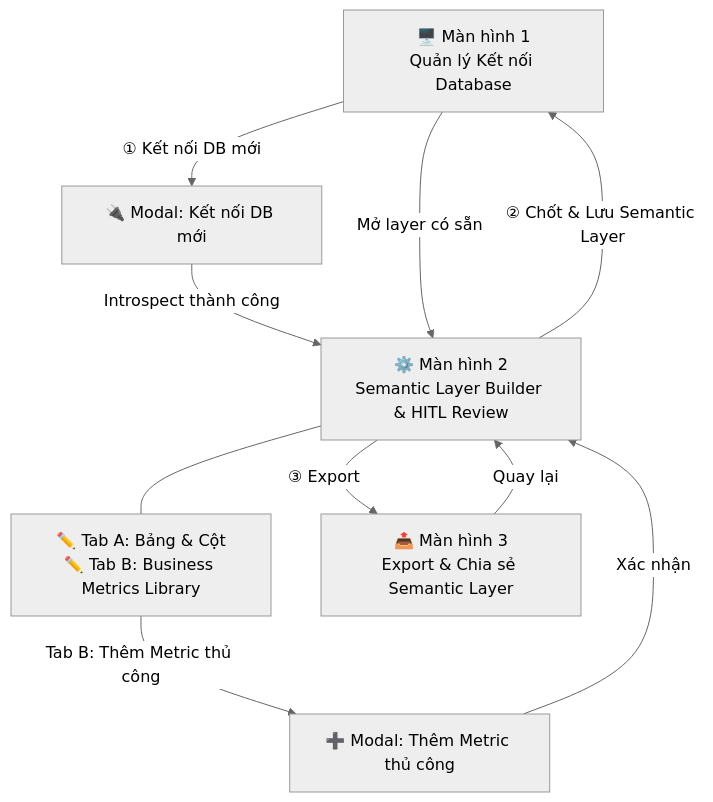
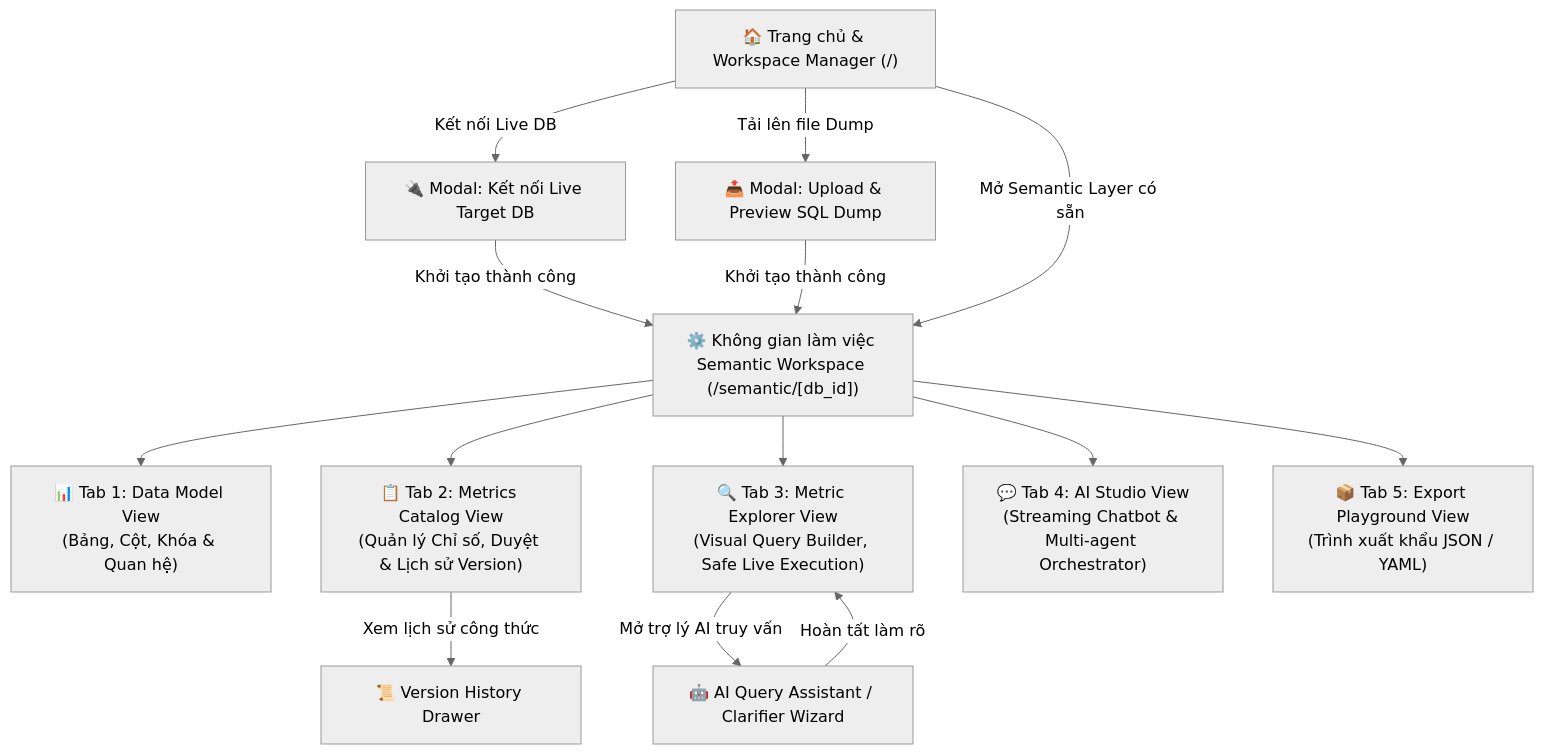
The diagram in docs/UI_FLOW.md (QuanAnh280605/P-069), drawn with Mermaid (neutral theme) before and after one commit. The commit also changed other lines of this file and 41 other files, not shown here.

````diff
--- a/docs/UI_FLOW.md
+++ b/docs/UI_FLOW.md
@@ -13,19 +11,33 @@
 ```mermaid
 flowchart TD
-    S1["🖥️ Màn hình 1\nQuản lý Kết nối Database"]
-    S2["⚙️ Màn hình 2\nSemantic Layer Builder & HITL Review"]
-    S2note["✏️ Tab A: Bảng & Cột\n✏️ Tab B: Business Metrics Library"]
-    S3["📤 Màn hình 3\nExport & Chia sẻ Semantic Layer"]
-    M1["🔌 Modal: Kết nối DB mới"]
-    M2["➕ Modal: Thêm Metric thủ công"]
+    HOME["🏠 Trang chủ & Workspace Manager (/)"]
+    M_CONNECT["🔌 Modal: Kết nối Live Target DB"]
+    M_DUMP["📤 Modal: Upload & Preview SQL Dump"]
 
-    S1 -->|"① Kết nối DB mới"| M1
-    M1 -->|"Introspect thành công"| S2
-    S1 -->|"Mở layer có sẵn"| S2
-    S2 --- S2note
-    S2note -->|"Tab B: Thêm Metric thủ công"| M2
-    M2 -->|"Xác nhận"| S2
-    S2 -->|"② Chốt & Lưu Semantic Layer"| S1
-    S2 -->|"③ Export"| S3
-    S3 -->|"Quay lại"| S2
+    WORKSPACE["⚙️ Không gian làm việc Semantic Workspace (/semantic/[db_id])"]
+
+    TAB_DATA["📊 Tab 1: Data Model View\n(Bảng, Cột, Khóa & Quan hệ)"]
+    TAB_CATALOG["📋 Tab 2: Metrics Catalog View\n(Quản lý Chỉ số, Duyệt & Lịch sử Version)"]
+    TAB_EXPLORER["🔍 Tab 3: Metric Explorer View\n(Visual Query Builder, Safe Live Execution)"]
+    TAB_STUDIO["💬 Tab 4: AI Studio View\n(Streaming Chatbot & Multi-agent Orchestrator)"]
+    TAB_EXPORT["📦 Tab 5: Export Playground View\n(Trình xuất khẩu JSON / YAML)"]
+
+    MODAL_AI_QUERY["🤖 AI Query Assistant / Clarifier Wizard"]
+    DRAWER_HISTORY["📜 Version History Drawer"]
+
+    HOME -->|"Kết nối Live DB"| M_CONNECT
+    HOME -->|"Tải lên file Dump"| M_DUMP
+    M_CONNECT -->|"Khởi tạo thành công"| WORKSPACE
+    M_DUMP -->|"Khởi tạo thành công"| WORKSPACE
+    HOME -->|"Mở Semantic Layer có sẵn"| WORKSPACE
+
+    WORKSPACE --> TAB_DATA
+    WORKSPACE --> TAB_CATALOG
+    WORKSPACE --> TAB_EXPLORER
+    WORKSPACE --> TAB_STUDIO
+    WORKSPACE --> TAB_EXPORT
+
+    TAB_CATALOG -->|"Xem lịch sử công thức"| DRAWER_HISTORY
+    TAB_EXPLORER -->|"Mở trợ lý AI truy vấn"| MODAL_AI_QUERY
+    MODAL_AI_QUERY -->|"Hoàn tất làm rõ"| TAB_EXPLORER
 ```
````
